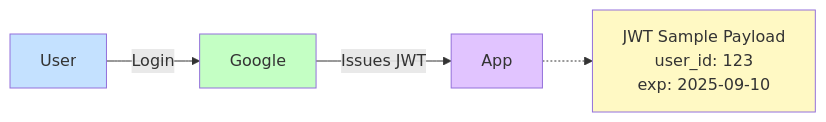
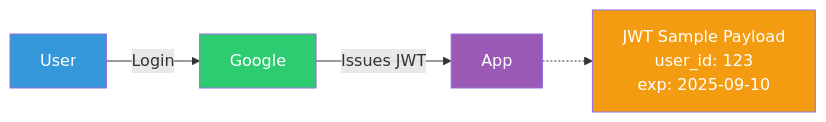
Before and after one commit to jtombo45/SeniorEngineerRoadmap: the fourth of 6 diagrams in Authenication/README.md, drawn with Mermaid. The commit also changed other lines of this file, not shown here.

Commit message:
updated diagram color for better contrast

````diff
--- a/Authenication/README.md
+++ b/Authenication/README.md
@@ -223,13 +223,13 @@
 ```mermaid
 flowchart LR
     A[User] -->|Login| B[Google]
     B -->|Issues JWT| C[App]
     
     D[JWT Sample Payload<br/>user_id: 123<br/>exp: 2025-09-10]
     C -.-> D
     
-    style A fill:#c4e1ff
-    style B fill:#c4ffc4
-    style C fill:#e1c4ff
-    style D fill:#fff9c4
+    style A fill:#3498DB,color:#fff
+    style B fill:#2ECC71,color:#fff
+    style C fill:#9B59B6,color:#fff
+    style D fill:#F39C12,color:#fff
 ```
````
